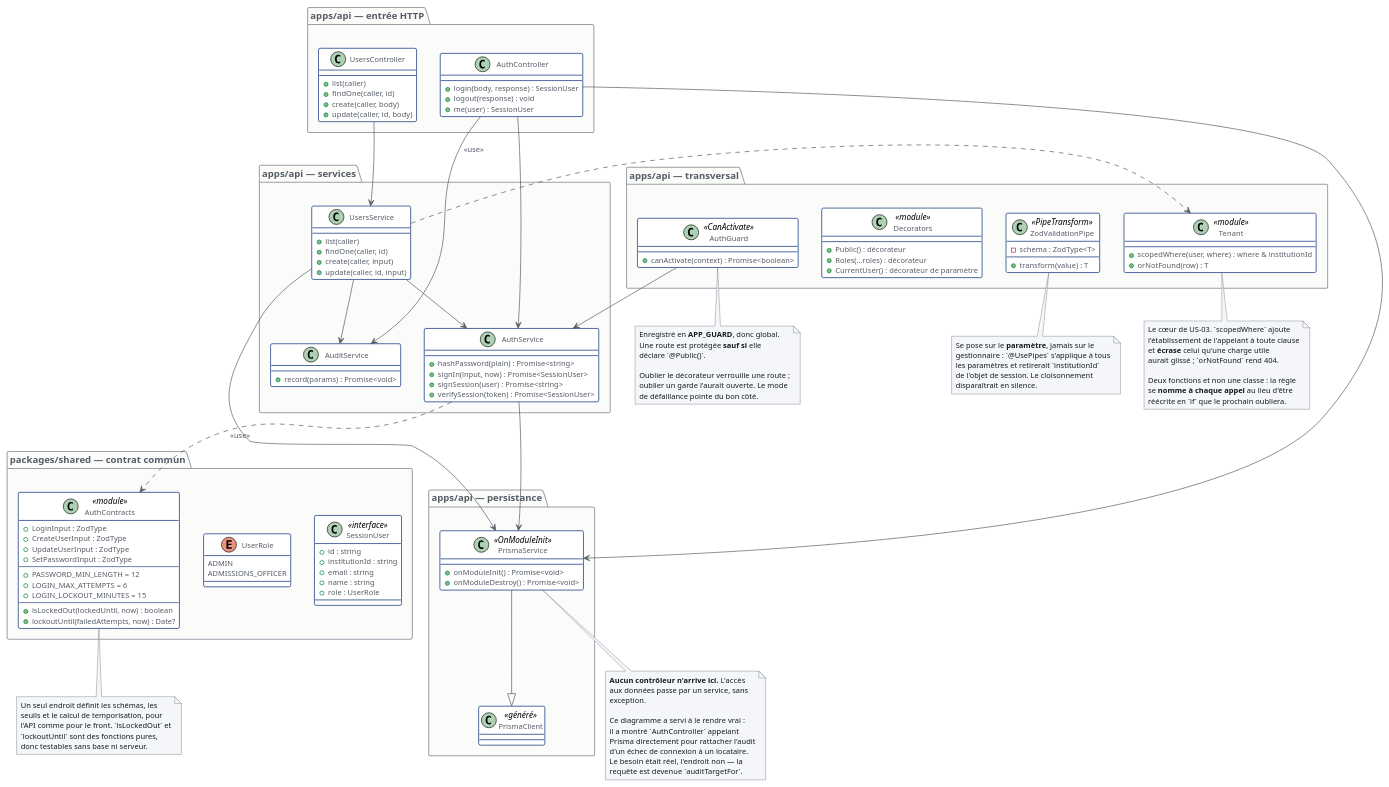
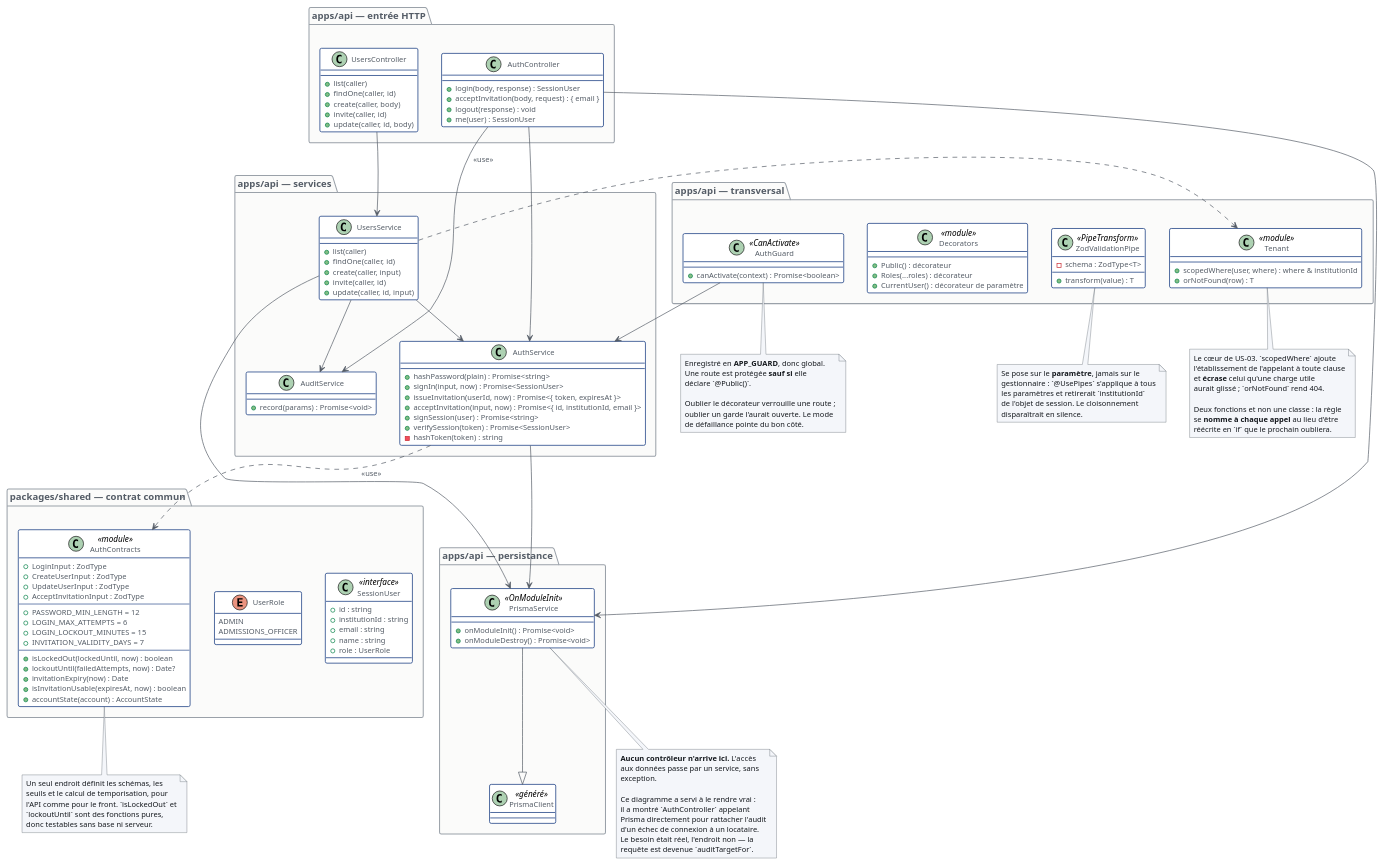
One commit to XamTV/Probo changed the diagram in docs/conception/diagramme-classes.puml. Above: the diagram before and after it, drawn with PlantUML. The commit also changed 75 other files, not shown here.

```diff
--- a/docs/conception/diagramme-classes.puml
+++ b/docs/conception/diagramme-classes.puml
@@ -57,20 +57,25 @@
     +LoginInput : ZodType
     +CreateUserInput : ZodType
     +UpdateUserInput : ZodType
-    +SetPasswordInput : ZodType
+    +AcceptInvitationInput : ZodType
     --
     +PASSWORD_MIN_LENGTH = 12
     +LOGIN_MAX_ATTEMPTS = 6
     +LOGIN_LOCKOUT_MINUTES = 15
+    +INVITATION_VALIDITY_DAYS = 7
     --
     +isLockedOut(lockedUntil, now) : boolean
     +lockoutUntil(failedAttempts, now) : Date?
+    +invitationExpiry(now) : Date
+    +isInvitationUsable(expiresAt, now) : boolean
+    +accountState(account) : AccountState
   }
 }
 
 package "apps/api — entrée HTTP" {
   class AuthController {
     +login(body, response) : SessionUser
+    +acceptInvitation(body, request) : { email }
     +logout(response) : void
     +me(user) : SessionUser
   }
@@ -79,6 +84,7 @@
     +list(caller)
     +findOne(caller, id)
     +create(caller, body)
+    +invite(caller, id)
     +update(caller, id, body)
   }
 }
@@ -109,14 +115,18 @@
   class AuthService {
     +hashPassword(plain) : Promise<string>
     +signIn(input, now) : Promise<SessionUser>
+    +issueInvitation(userId, now) : Promise<{ token, expiresAt }>
+    +acceptInvitation(input, now) : Promise<{ id, institutionId, email }>
     +signSession(user) : Promise<string>
     +verifySession(token) : Promise<SessionUser>
+    -hashToken(token) : string
   }
 
   class UsersService {
     +list(caller)
     +findOne(caller, id)
     +create(caller, input)
+    +invite(caller, id)
     +update(caller, id, input)
   }
 
```
